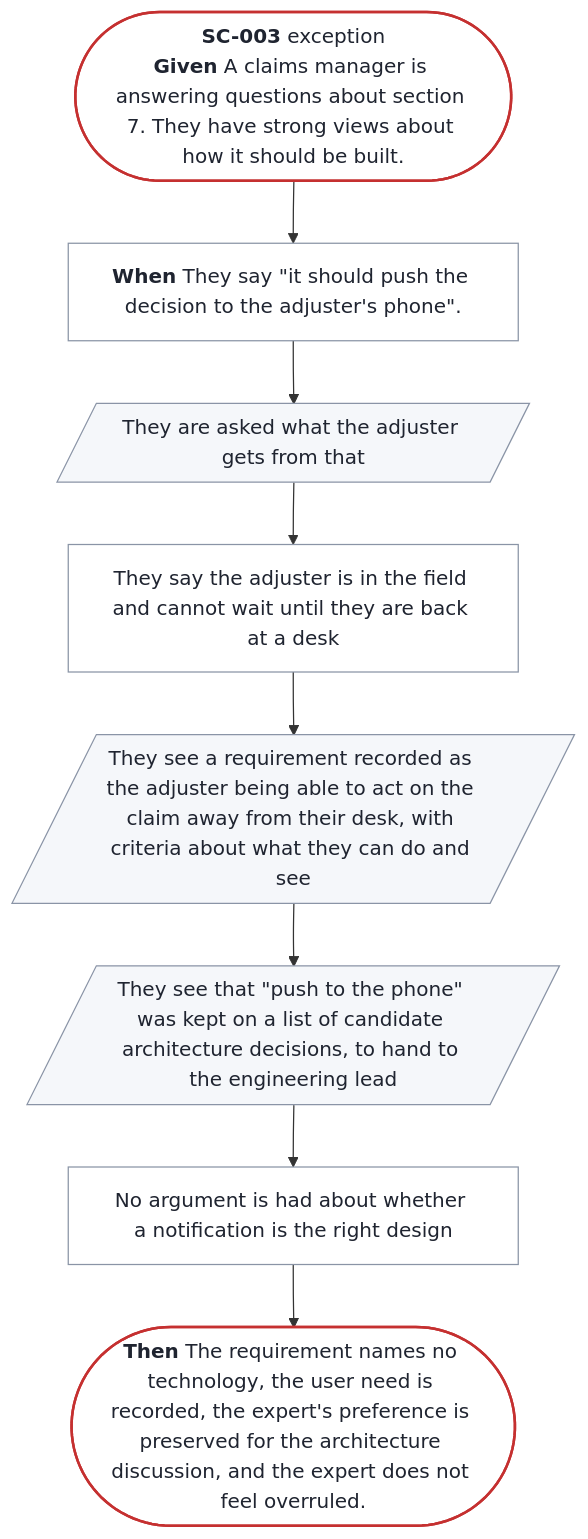
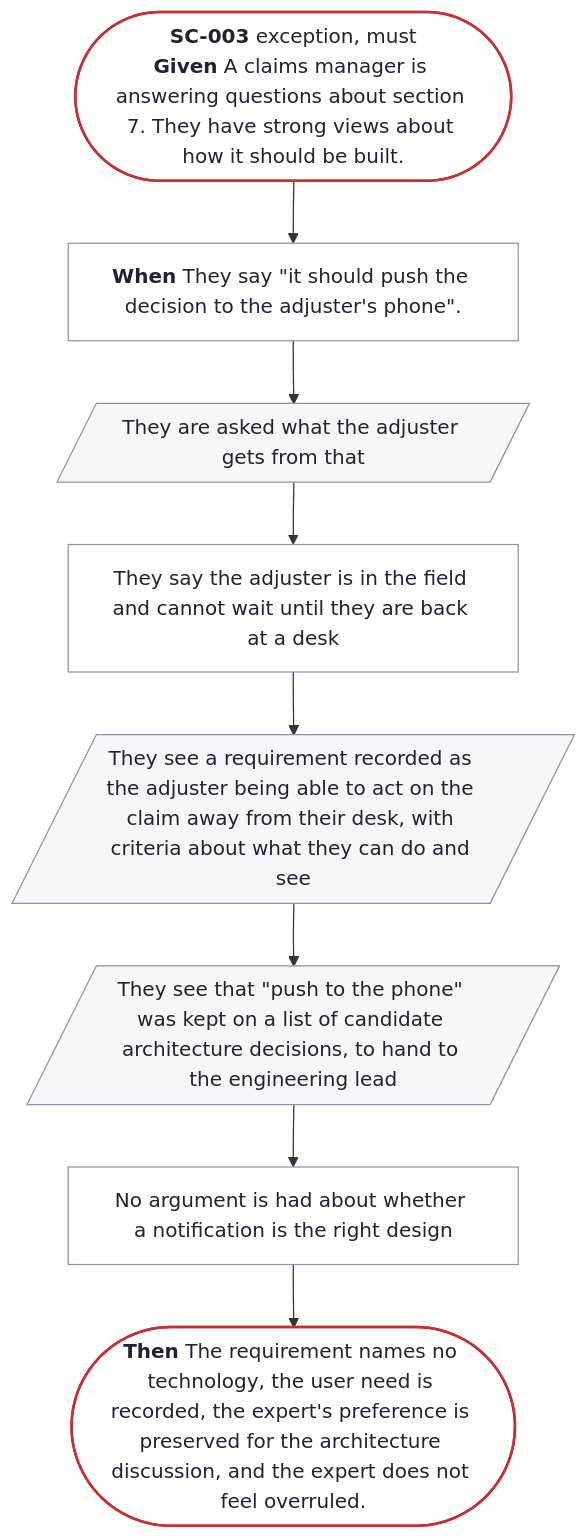
One commit to SpillwaveSolutions/prd-forge changed the diagram in docs/prd/prd-forge/diagrams/SC-003.mmd. Above: the diagram before and after it, drawn with Mermaid. The commit also changed 116 other files, not shown here.

```diff
--- a/docs/prd/prd-forge/diagrams/SC-003.mmd
+++ b/docs/prd/prd-forge/diagrams/SC-003.mmd
@@ -1,22 +1,22 @@
 %% Generated by prd-diagrams.mjs from the scenario front matter. Do not edit.
 %%{init: {"flowchart": {"wrappingWidth": 300}}}%%
 flowchart TB
-  start(["<b>SC-003</b> exception<br/><b>Given</b> A claims manager is answering questions about section 7. They have strong views about how it should be built."])
+  start(["<b>SC-003</b> exception, must<br/><b>Given</b> A claims manager is answering questions about section 7. They have strong views about how it should be built."])
   trigger["<b>When</b> They say #quot;it should push the decision to the adjuster's phone#quot;."]
   s0[/"They are asked what the adjuster gets from that"/]
   s1["They say the adjuster is in the field and cannot wait until they are back at a desk"]
   s2[/"They see a requirement recorded as the adjuster being able to act on the claim away from their desk, with criteria about what they can do and see"/]
   s3[/"They see that #quot;push to the phone#quot; was kept on a list of candidate architecture decisions, to hand to the engineering lead"/]
   s4["No argument is had about whether a notification is the right design"]
   done(["<b>Then</b> The requirement names no technology, the user need is recorded, the expert's preference is preserved for the architecture discussion, and the expert does not feel overruled."])
   start --> trigger --> s0 --> s1 --> s2 --> s3 --> s4 --> done
   classDef ends fill:#FFFFFF,stroke:#C53030,stroke-width:2px,color:#1F2430
   classDef sees fill:#F5F7FA,stroke:#8A94A6,color:#1F2430
   classDef does fill:#FFFFFF,stroke:#8A94A6,color:#1F2430
   class start,done ends
   class s0 sees
   class s1 does
   class s2 sees
   class s3 sees
   class s4 does
   class trigger does
```
